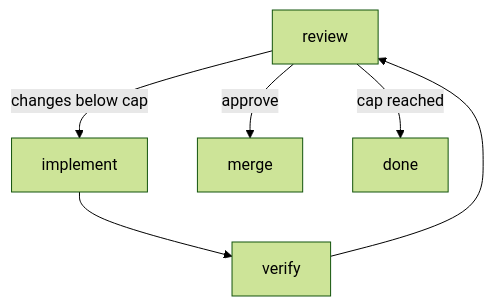
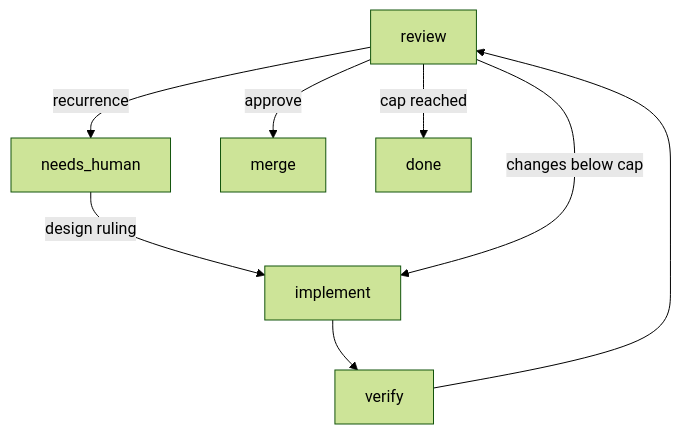
The diagram in docs/review-rounds.mmd (bookout-labs/tools), drawn with Mermaid (forest theme) before and after one commit. The commit also changed 12 other files, not shown here.

```diff
--- a/docs/review-rounds.mmd
+++ b/docs/review-rounds.mmd
@@ -1,6 +1,8 @@
 flowchart TD
+    review -->|recurrence|needs_human
+    needs_human -->|design ruling|implement
     review -->|changes below cap|implement
     implement --> verify
     verify --> review
     review -->|approve|merge
     review -->|cap reached|done
```
